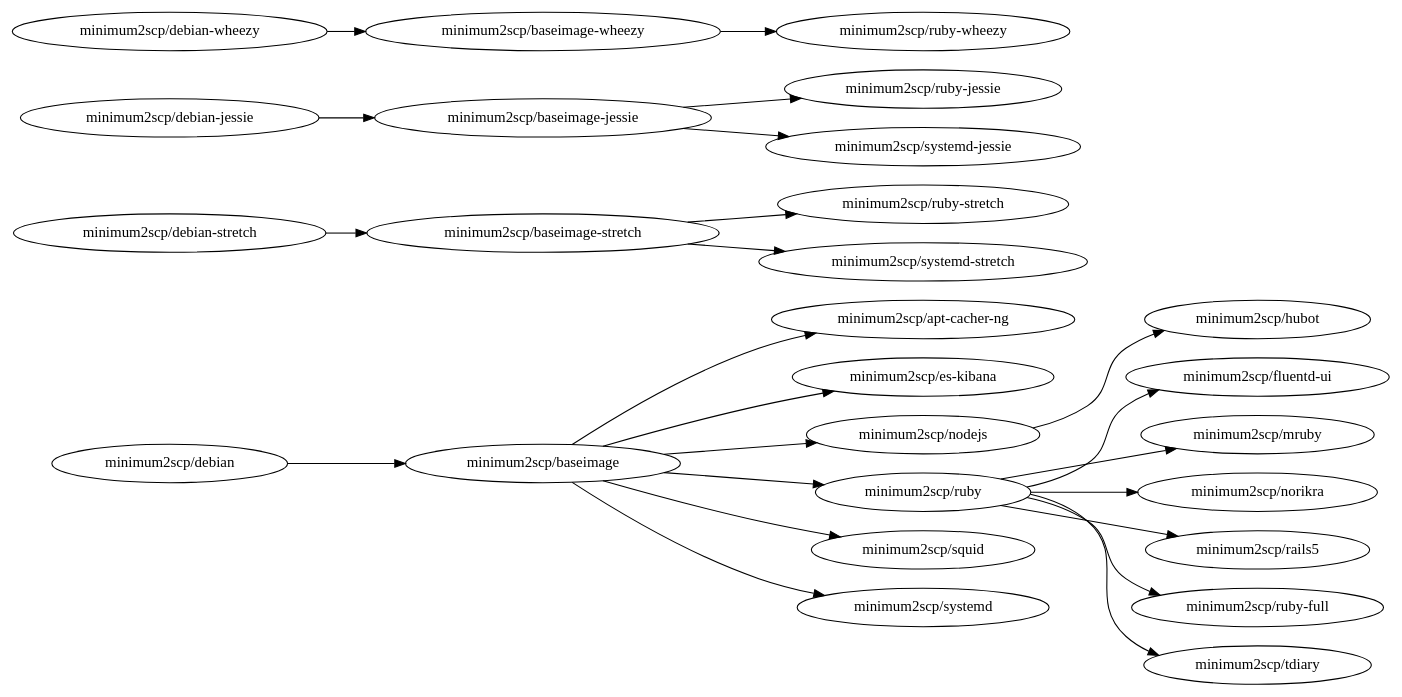
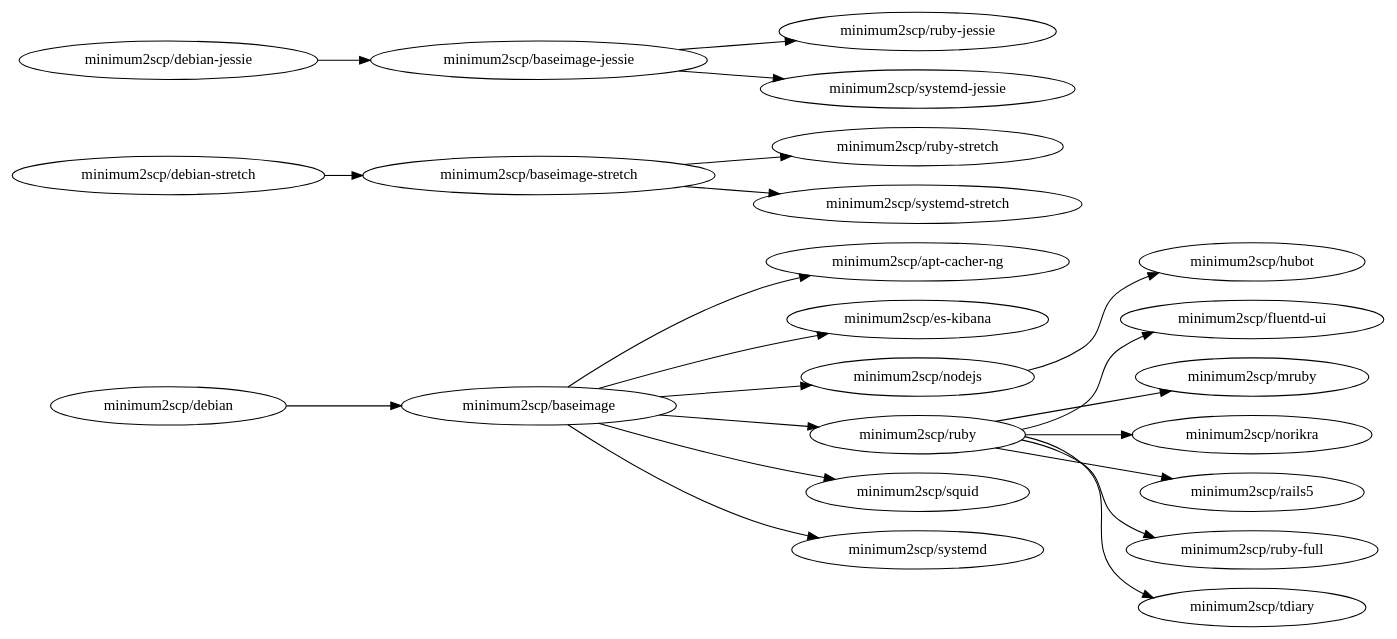
One commit to minimum2scp/dockerfiles changed the diagram in deps.dot. Above: the diagram before and after it, drawn with Graphviz. The commit also changed 43 other files, not shown here.

```diff
--- a/deps.dot
+++ b/deps.dot
@@ -1,46 +1,40 @@
 digraph deps {
   graph        [rankdir = "LR"];
   ratio = auto;
 
 
   acng              [label = "minimum2scp/apt-cacher-ng"];
   baseimage         [label = "minimum2scp/baseimage"];
   baseimage_stretch [label = "minimum2scp/baseimage-stretch"];
   baseimage_jessie  [label = "minimum2scp/baseimage-jessie"];
-  baseimage_wheezy  [label = "minimum2scp/baseimage-wheezy"];
   debian            [label = "minimum2scp/debian"];
   debian_stretch    [label = "minimum2scp/debian-stretch"];
   debian_jessie     [label = "minimum2scp/debian-jessie"];
-  debian_wheezy     [label = "minimum2scp/debian-wheezy"];
   es_kibana         [label = "minimum2scp/es-kibana"];
   fluentd_ui        [label = "minimum2scp/fluentd-ui"];
   hubot             [label = "minimum2scp/hubot"];
   mruby             [label = "minimum2scp/mruby"];
   nodejs            [label = "minimum2scp/nodejs"];
   norikra           [label = "minimum2scp/norikra"];
   rails5            [label = "minimum2scp/rails5"];
   ruby              [label = "minimum2scp/ruby"];
   ruby_full         [label = "minimum2scp/ruby-full"];
   ruby_stretch      [label = "minimum2scp/ruby-stretch"];
   ruby_jessie       [label = "minimum2scp/ruby-jessie"];
-  ruby_wheezy       [label = "minimum2scp/ruby-wheezy"];
   squid             [label = "minimum2scp/squid"];
   systemd           [label = "minimum2scp/systemd"];
   systemd_stretch   [label = "minimum2scp/systemd-stretch"];
   systemd_jessie    [label = "minimum2scp/systemd-jessie"];
   tdiary            [label = "minimum2scp/tdiary"];
 
   debian    -> baseimage;
   baseimage -> {acng, es_kibana, nodejs, ruby, squid, systemd};
   ruby      -> {fluentd_ui, mruby, norikra, rails5, ruby_full, tdiary};
   nodejs    -> {hubot};
 
   debian_stretch   -> baseimage_stretch;
   baseimage_stretch -> {systemd_stretch, ruby_stretch};
 
   debian_jessie    -> baseimage_jessie;
   baseimage_jessie -> {systemd_jessie, ruby_jessie};
-
-  debian_wheezy    -> baseimage_wheezy;
-  baseimage_wheezy -> ruby_wheezy;
 }
```
